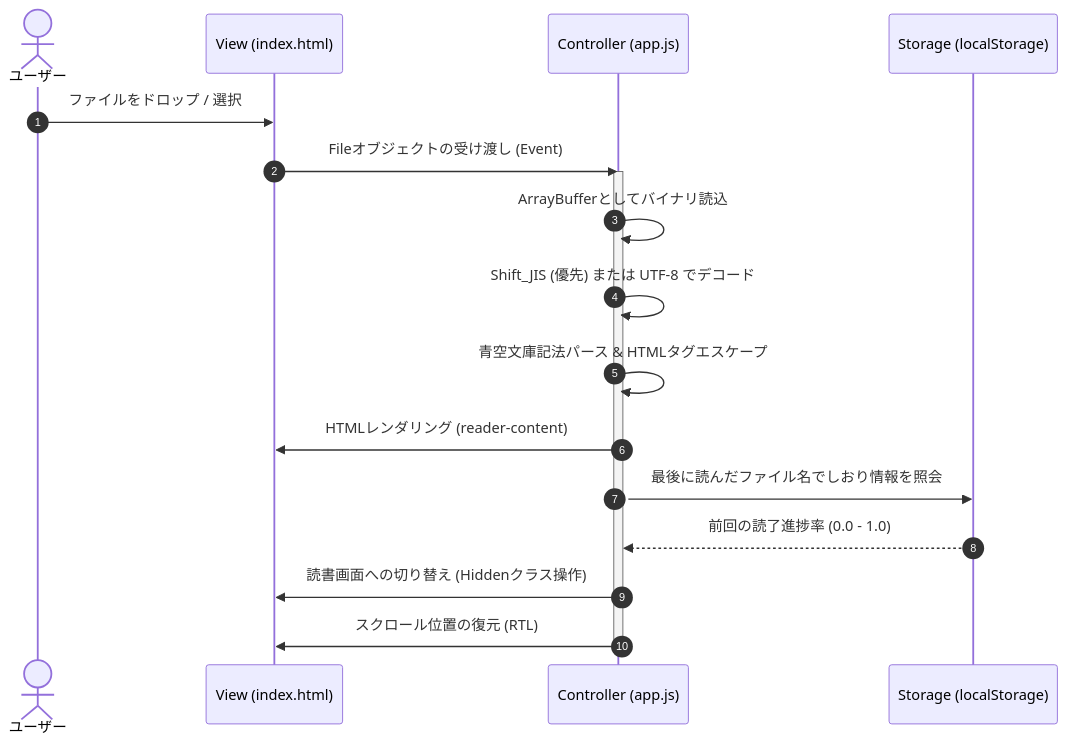
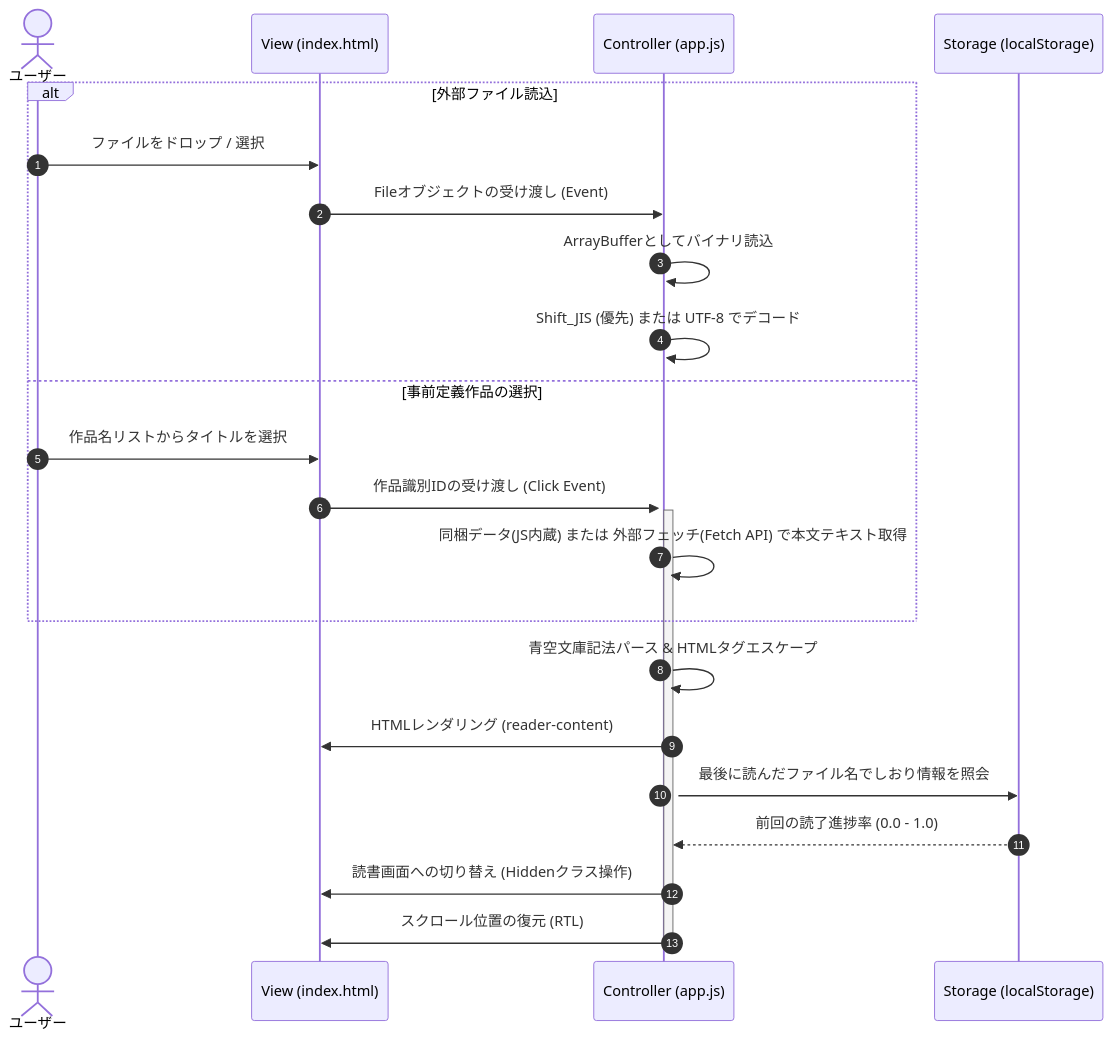
One commit to rokujyouhitoma/koizora changed the second of 2 diagrams in docs/high_level_design.md. Above: the diagram before and after it, drawn with Mermaid. The commit also changed other lines of this file and 5 other files, not shown here.

````diff
--- a/docs/high_level_design.md
+++ b/docs/high_level_design.md
@@ -70,21 +73,28 @@
 ```mermaid
 sequenceDiagram
     autonumber
     actor ユーザー
     participant V as View (index.html)
     participant C as Controller (app.js)
     participant S as Storage (localStorage)
 
-    ユーザー->>V: ファイルをドロップ / 選択
-    V->>C: Fileオブジェクトの受け渡し (Event)
-    activate C
-    C->>C: ArrayBufferとしてバイナリ読込
-    C->>C: Shift_JIS (優先) または UTF-8 でデコード
+    alt 外部ファイル読込
+        ユーザー->>V: ファイルをドロップ / 選択
+        V->>C: Fileオブジェクトの受け渡し (Event)
+        activate C
+        C->>C: ArrayBufferとしてバイナリ読込
+        C->>C: Shift_JIS (優先) または UTF-8 でデコード
+    else 事前定義作品の選択
+        ユーザー->>V: 作品名リストからタイトルを選択
+        V->>C: 作品識別IDの受け渡し (Click Event)
+        activate C
+        C->>C: 同梱データ(JS内蔵) または 外部フェッチ(Fetch API) で本文テキスト取得
+    end
     C->>C: 青空文庫記法パース & HTMLタグエスケープ
     C->>V: HTMLレンダリング (reader-content)
     C->>S: 最後に読んだファイル名でしおり情報を照会
     S-->>C: 前回の読了進捗率 (0.0 - 1.0)
     C->>V: 読書画面への切り替え (Hiddenクラス操作)
     C->>V: スクロール位置の復元 (RTL)
     deactivate C
 ```
````
